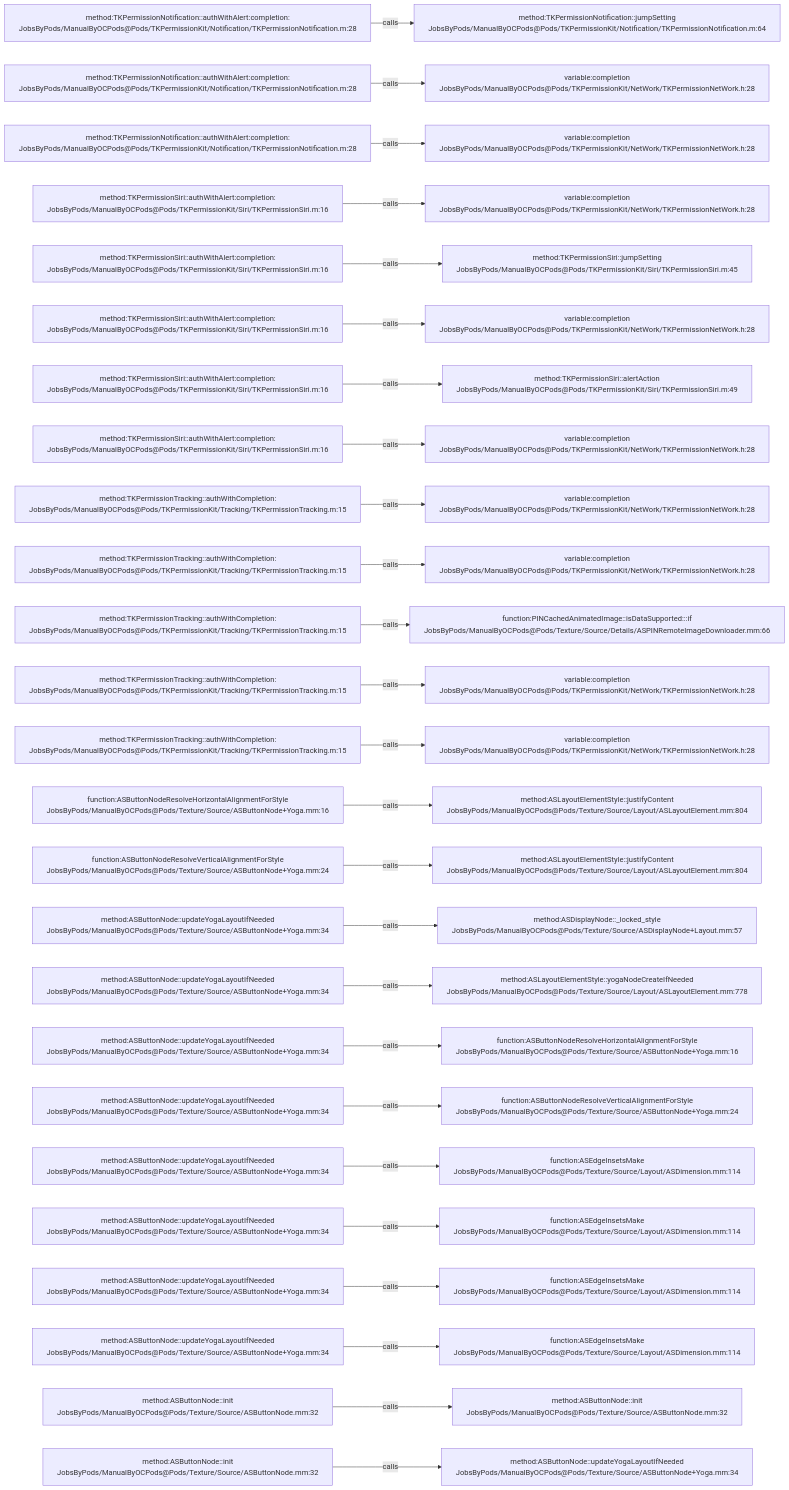
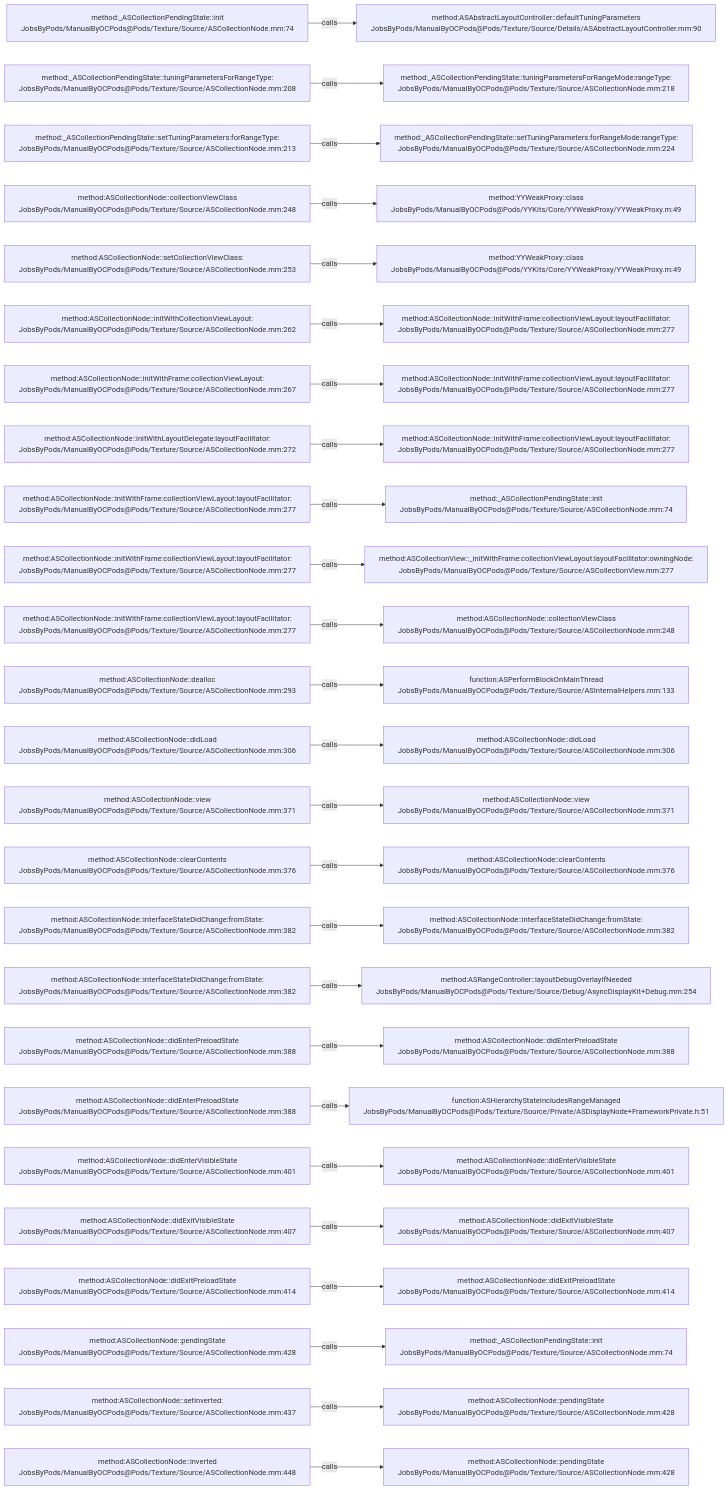
Before and after one commit to JobsKits/JobsOCBaseConfigDemo: the diagram in .codegraph/codegraph.md/graphs/calls-078.md, drawn with Mermaid. The commit also changed 1223 other files, not shown here.

````diff
--- a/.codegraph/codegraph.md/graphs/calls-078.md
+++ b/.codegraph/codegraph.md/graphs/calls-078.md
@@ -13,78 +13,78 @@
 ```mermaid
 flowchart LR
-  S1["method:TKPermissionNotification::authWithAlert:completion:<br/>JobsByPods/ManualByOCPods@Pods/TKPermissionKit/Notification/TKPermissionNotification.m:28"]
-  T1["method:TKPermissionNotification::jumpSetting<br/>JobsByPods/ManualByOCPods@Pods/TKPermissionKit/Notification/TKPermissionNotification.m:64"]
+  S1["method:_ASCollectionPendingState::init<br/>JobsByPods/ManualByOCPods@Pods/Texture/Source/ASCollectionNode.mm:74"]
+  T1["method:ASAbstractLayoutController::defaultTuningParameters<br/>JobsByPods/ManualByOCPods@Pods/Texture/Source/Details/ASAbstractLayoutController.mm:90"]
   S1 -->|calls| T1
-  S2["method:TKPermissionNotification::authWithAlert:completion:<br/>JobsByPods/ManualByOCPods@Pods/TKPermissionKit/Notification/TKPermissionNotification.m:28"]
-  T2["variable:completion<br/>JobsByPods/ManualByOCPods@Pods/TKPermissionKit/NetWork/TKPermissionNetWork.h:28"]
+  S2["method:_ASCollectionPendingState::tuningParametersForRangeType:<br/>JobsByPods/ManualByOCPods@Pods/Texture/Source/ASCollectionNode.mm:208"]
+  T2["method:_ASCollectionPendingState::tuningParametersForRangeMode:rangeType:<br/>JobsByPods/ManualByOCPods@Pods/Texture/Source/ASCollectionNode.mm:218"]
   S2 -->|calls| T2
-  S3["method:TKPermissionNotification::authWithAlert:completion:<br/>JobsByPods/ManualByOCPods@Pods/TKPermissionKit/Notification/TKPermissionNotification.m:28"]
-  T3["variable:completion<br/>JobsByPods/ManualByOCPods@Pods/TKPermissionKit/NetWork/TKPermissionNetWork.h:28"]
+  S3["method:_ASCollectionPendingState::setTuningParameters:forRangeType:<br/>JobsByPods/ManualByOCPods@Pods/Texture/Source/ASCollectionNode.mm:213"]
+  T3["method:_ASCollectionPendingState::setTuningParameters:forRangeMode:rangeType:<br/>JobsByPods/ManualByOCPods@Pods/Texture/Source/ASCollectionNode.mm:224"]
   S3 -->|calls| T3
-  S4["method:TKPermissionSiri::authWithAlert:completion:<br/>JobsByPods/ManualByOCPods@Pods/TKPermissionKit/Siri/TKPermissionSiri.m:16"]
-  T4["variable:completion<br/>JobsByPods/ManualByOCPods@Pods/TKPermissionKit/NetWork/TKPermissionNetWork.h:28"]
+  S4["method:ASCollectionNode::collectionViewClass<br/>JobsByPods/ManualByOCPods@Pods/Texture/Source/ASCollectionNode.mm:248"]
+  T4["method:YYWeakProxy::class<br/>JobsByPods/ManualByOCPods@Pods/YYKits/Core/YYWeakProxy/YYWeakProxy.m:49"]
   S4 -->|calls| T4
-  S5["method:TKPermissionSiri::authWithAlert:completion:<br/>JobsByPods/ManualByOCPods@Pods/TKPermissionKit/Siri/TKPermissionSiri.m:16"]
-  T5["method:TKPermissionSiri::jumpSetting<br/>JobsByPods/ManualByOCPods@Pods/TKPermissionKit/Siri/TKPermissionSiri.m:45"]
+  S5["method:ASCollectionNode::setCollectionViewClass:<br/>JobsByPods/ManualByOCPods@Pods/Texture/Source/ASCollectionNode.mm:253"]
+  T5["method:YYWeakProxy::class<br/>JobsByPods/ManualByOCPods@Pods/YYKits/Core/YYWeakProxy/YYWeakProxy.m:49"]
   S5 -->|calls| T5
-  S6["method:TKPermissionSiri::authWithAlert:completion:<br/>JobsByPods/ManualByOCPods@Pods/TKPermissionKit/Siri/TKPermissionSiri.m:16"]
-  T6["variable:completion<br/>JobsByPods/ManualByOCPods@Pods/TKPermissionKit/NetWork/TKPermissionNetWork.h:28"]
+  S6["method:ASCollectionNode::initWithCollectionViewLayout:<br/>JobsByPods/ManualByOCPods@Pods/Texture/Source/ASCollectionNode.mm:262"]
+  T6["method:ASCollectionNode::initWithFrame:collectionViewLayout:layoutFacilitator:<br/>JobsByPods/ManualByOCPods@Pods/Texture/Source/ASCollectionNode.mm:277"]
   S6 -->|calls| T6
-  S7["method:TKPermissionSiri::authWithAlert:completion:<br/>JobsByPods/ManualByOCPods@Pods/TKPermissionKit/Siri/TKPermissionSiri.m:16"]
-  T7["method:TKPermissionSiri::alertAction<br/>JobsByPods/ManualByOCPods@Pods/TKPermissionKit/Siri/TKPermissionSiri.m:49"]
+  S7["method:ASCollectionNode::initWithFrame:collectionViewLayout:<br/>JobsByPods/ManualByOCPods@Pods/Texture/Source/ASCollectionNode.mm:267"]
+  T7["method:ASCollectionNode::initWithFrame:collectionViewLayout:layoutFacilitator:<br/>JobsByPods/ManualByOCPods@Pods/Texture/Source/ASCollectionNode.mm:277"]
   S7 -->|calls| T7
-  S8["method:TKPermissionSiri::authWithAlert:completion:<br/>JobsByPods/ManualByOCPods@Pods/TKPermissionKit/Siri/TKPermissionSiri.m:16"]
-  T8["variable:completion<br/>JobsByPods/ManualByOCPods@Pods/TKPermissionKit/NetWork/TKPermissionNetWork.h:28"]
+  S8["method:ASCollectionNode::initWithLayoutDelegate:layoutFacilitator:<br/>JobsByPods/ManualByOCPods@Pods/Texture/Source/ASCollectionNode.mm:272"]
+  T8["method:ASCollectionNode::initWithFrame:collectionViewLayout:layoutFacilitator:<br/>JobsByPods/ManualByOCPods@Pods/Texture/Source/ASCollectionNode.mm:277"]
   S8 -->|calls| T8
-  S9["method:TKPermissionTracking::authWithCompletion:<br/>JobsByPods/ManualByOCPods@Pods/TKPermissionKit/Tracking/TKPermissionTracking.m:15"]
-  T9["variable:completion<br/>JobsByPods/ManualByOCPods@Pods/TKPermissionKit/NetWork/TKPermissionNetWork.h:28"]
+  S9["method:ASCollectionNode::initWithFrame:collectionViewLayout:layoutFacilitator:<br/>JobsByPods/ManualByOCPods@Pods/Texture/Source/ASCollectionNode.mm:277"]
+  T9["method:_ASCollectionPendingState::init<br/>JobsByPods/ManualByOCPods@Pods/Texture/Source/ASCollectionNode.mm:74"]
   S9 -->|calls| T9
-  S10["method:TKPermissionTracking::authWithCompletion:<br/>JobsByPods/ManualByOCPods@Pods/TKPermissionKit/Tracking/TKPermissionTracking.m:15"]
-  T10["variable:completion<br/>JobsByPods/ManualByOCPods@Pods/TKPermissionKit/NetWork/TKPermissionNetWork.h:28"]
+  S10["method:ASCollectionNode::initWithFrame:collectionViewLayout:layoutFacilitator:<br/>JobsByPods/ManualByOCPods@Pods/Texture/Source/ASCollectionNode.mm:277"]
+  T10["method:ASCollectionView::_initWithFrame:collectionViewLayout:layoutFacilitator:owningNode:<br/>JobsByPods/ManualByOCPods@Pods/Texture/Source/ASCollectionView.mm:277"]
   S10 -->|calls| T10
-  S11["method:TKPermissionTracking::authWithCompletion:<br/>JobsByPods/ManualByOCPods@Pods/TKPermissionKit/Tracking/TKPermissionTracking.m:15"]
-  T11["function:PINCachedAnimatedImage::isDataSupported:::if<br/>JobsByPods/ManualByOCPods@Pods/Texture/Source/Details/ASPINRemoteImageDownloader.mm:66"]
+  S11["method:ASCollectionNode::initWithFrame:collectionViewLayout:layoutFacilitator:<br/>JobsByPods/ManualByOCPods@Pods/Texture/Source/ASCollectionNode.mm:277"]
+  T11["method:ASCollectionNode::collectionViewClass<br/>JobsByPods/ManualByOCPods@Pods/Texture/Source/ASCollectionNode.mm:248"]
   S11 -->|calls| T11
-  S12["method:TKPermissionTracking::authWithCompletion:<br/>JobsByPods/ManualByOCPods@Pods/TKPermissionKit/Tracking/TKPermissionTracking.m:15"]
-  T12["variable:completion<br/>JobsByPods/ManualByOCPods@Pods/TKPermissionKit/NetWork/TKPermissionNetWork.h:28"]
+  S12["method:ASCollectionNode::dealloc<br/>JobsByPods/ManualByOCPods@Pods/Texture/Source/ASCollectionNode.mm:293"]
+  T12["function:ASPerformBlockOnMainThread<br/>JobsByPods/ManualByOCPods@Pods/Texture/Source/ASInternalHelpers.mm:133"]
   S12 -->|calls| T12
-  S13["method:TKPermissionTracking::authWithCompletion:<br/>JobsByPods/ManualByOCPods@Pods/TKPermissionKit/Tracking/TKPermissionTracking.m:15"]
-  T13["variable:completion<br/>JobsByPods/ManualByOCPods@Pods/TKPermissionKit/NetWork/TKPermissionNetWork.h:28"]
+  S13["method:ASCollectionNode::didLoad<br/>JobsByPods/ManualByOCPods@Pods/Texture/Source/ASCollectionNode.mm:306"]
+  T13["method:ASCollectionNode::didLoad<br/>JobsByPods/ManualByOCPods@Pods/Texture/Source/ASCollectionNode.mm:306"]
   S13 -->|calls| T13
-  S14["function:ASButtonNodeResolveHorizontalAlignmentForStyle<br/>JobsByPods/ManualByOCPods@Pods/Texture/Source/ASButtonNode+Yoga.mm:16"]
-  T14["method:ASLayoutElementStyle::justifyContent<br/>JobsByPods/ManualByOCPods@Pods/Texture/Source/Layout/ASLayoutElement.mm:804"]
+  S14["method:ASCollectionNode::view<br/>JobsByPods/ManualByOCPods@Pods/Texture/Source/ASCollectionNode.mm:371"]
+  T14["method:ASCollectionNode::view<br/>JobsByPods/ManualByOCPods@Pods/Texture/Source/ASCollectionNode.mm:371"]
   S14 -->|calls| T14
-  S15["function:ASButtonNodeResolveVerticalAlignmentForStyle<br/>JobsByPods/ManualByOCPods@Pods/Texture/Source/ASButtonNode+Yoga.mm:24"]
-  T15["method:ASLayoutElementStyle::justifyContent<br/>JobsByPods/ManualByOCPods@Pods/Texture/Source/Layout/ASLayoutElement.mm:804"]
+  S15["method:ASCollectionNode::clearContents<br/>JobsByPods/ManualByOCPods@Pods/Texture/Source/ASCollectionNode.mm:376"]
+  T15["method:ASCollectionNode::clearContents<br/>JobsByPods/ManualByOCPods@Pods/Texture/Source/ASCollectionNode.mm:376"]
   S15 -->|calls| T15
-  S16["method:ASButtonNode::updateYogaLayoutIfNeeded<br/>JobsByPods/ManualByOCPods@Pods/Texture/Source/ASButtonNode+Yoga.mm:34"]
-  T16["method:ASDisplayNode::_locked_style<br/>JobsByPods/ManualByOCPods@Pods/Texture/Source/ASDisplayNode+Layout.mm:57"]
+  S16["method:ASCollectionNode::interfaceStateDidChange:fromState:<br/>JobsByPods/ManualByOCPods@Pods/Texture/Source/ASCollectionNode.mm:382"]
+  T16["method:ASCollectionNode::interfaceStateDidChange:fromState:<br/>JobsByPods/ManualByOCPods@Pods/Texture/Source/ASCollectionNode.mm:382"]
   S16 -->|calls| T16
-  S17["method:ASButtonNode::updateYogaLayoutIfNeeded<br/>JobsByPods/ManualByOCPods@Pods/Texture/Source/ASButtonNode+Yoga.mm:34"]
-  T17["method:ASLayoutElementStyle::yogaNodeCreateIfNeeded<br/>JobsByPods/ManualByOCPods@Pods/Texture/Source/Layout/ASLayoutElement.mm:778"]
+  S17["method:ASCollectionNode::interfaceStateDidChange:fromState:<br/>JobsByPods/ManualByOCPods@Pods/Texture/Source/ASCollectionNode.mm:382"]
+  T17["method:ASRangeController::layoutDebugOverlayIfNeeded<br/>JobsByPods/ManualByOCPods@Pods/Texture/Source/Debug/AsyncDisplayKit+Debug.mm:254"]
   S17 -->|calls| T17
-  S18["method:ASButtonNode::updateYogaLayoutIfNeeded<br/>JobsByPods/ManualByOCPods@Pods/Texture/Source/ASButtonNode+Yoga.mm:34"]
-  T18["function:ASButtonNodeResolveHorizontalAlignmentForStyle<br/>JobsByPods/ManualByOCPods@Pods/Texture/Source/ASButtonNode+Yoga.mm:16"]
+  S18["method:ASCollectionNode::didEnterPreloadState<br/>JobsByPods/ManualByOCPods@Pods/Texture/Source/ASCollectionNode.mm:388"]
+  T18["method:ASCollectionNode::didEnterPreloadState<br/>JobsByPods/ManualByOCPods@Pods/Texture/Source/ASCollectionNode.mm:388"]
   S18 -->|calls| T18
-  S19["method:ASButtonNode::updateYogaLayoutIfNeeded<br/>JobsByPods/ManualByOCPods@Pods/Texture/Source/ASButtonNode+Yoga.mm:34"]
-  T19["function:ASButtonNodeResolveVerticalAlignmentForStyle<br/>JobsByPods/ManualByOCPods@Pods/Texture/Source/ASButtonNode+Yoga.mm:24"]
+  S19["method:ASCollectionNode::didEnterPreloadState<br/>JobsByPods/ManualByOCPods@Pods/Texture/Source/ASCollectionNode.mm:388"]
+  T19["function:ASHierarchyStateIncludesRangeManaged<br/>JobsByPods/ManualByOCPods@Pods/Texture/Source/Private/ASDisplayNode+FrameworkPrivate.h:51"]
   S19 -->|calls| T19
-  S20["method:ASButtonNode::updateYogaLayoutIfNeeded<br/>JobsByPods/ManualByOCPods@Pods/Texture/Source/ASButtonNode+Yoga.mm:34"]
-  T20["function:ASEdgeInsetsMake<br/>JobsByPods/ManualByOCPods@Pods/Texture/Source/Layout/ASDimension.mm:114"]
+  S20["method:ASCollectionNode::didEnterVisibleState<br/>JobsByPods/ManualByOCPods@Pods/Texture/Source/ASCollectionNode.mm:401"]
+  T20["method:ASCollectionNode::didEnterVisibleState<br/>JobsByPods/ManualByOCPods@Pods/Texture/Source/ASCollectionNode.mm:401"]
   S20 -->|calls| T20
-  S21["method:ASButtonNode::updateYogaLayoutIfNeeded<br/>JobsByPods/ManualByOCPods@Pods/Texture/Source/ASButtonNode+Yoga.mm:34"]
-  T21["function:ASEdgeInsetsMake<br/>JobsByPods/ManualByOCPods@Pods/Texture/Source/Layout/ASDimension.mm:114"]
+  S21["method:ASCollectionNode::didExitVisibleState<br/>JobsByPods/ManualByOCPods@Pods/Texture/Source/ASCollectionNode.mm:407"]
+  T21["method:ASCollectionNode::didExitVisibleState<br/>JobsByPods/ManualByOCPods@Pods/Texture/Source/ASCollectionNode.mm:407"]
   S21 -->|calls| T21
-  S22["method:ASButtonNode::updateYogaLayoutIfNeeded<br/>JobsByPods/ManualByOCPods@Pods/Texture/Source/ASButtonNode+Yoga.mm:34"]
-  T22["function:ASEdgeInsetsMake<br/>JobsByPods/ManualByOCPods@Pods/Texture/Source/Layout/ASDimension.mm:114"]
+  S22["method:ASCollectionNode::didExitPreloadState<br/>JobsByPods/ManualByOCPods@Pods/Texture/Source/ASCollectionNode.mm:414"]
+  T22["method:ASCollectionNode::didExitPreloadState<br/>JobsByPods/ManualByOCPods@Pods/Texture/Source/ASCollectionNode.mm:414"]
   S22 -->|calls| T22
-  S23["method:ASButtonNode::updateYogaLayoutIfNeeded<br/>JobsByPods/ManualByOCPods@Pods/Texture/Source/ASButtonNode+Yoga.mm:34"]
-  T23["function:ASEdgeInsetsMake<br/>JobsByPods/ManualByOCPods@Pods/Texture/Source/Layout/ASDimension.mm:114"]
+  S23["method:ASCollectionNode::pendingState<br/>JobsByPods/ManualByOCPods@Pods/Texture/Source/ASCollectionNode.mm:428"]
+  T23["method:_ASCollectionPendingState::init<br/>JobsByPods/ManualByOCPods@Pods/Texture/Source/ASCollectionNode.mm:74"]
   S23 -->|calls| T23
-  S24["method:ASButtonNode::init<br/>JobsByPods/ManualByOCPods@Pods/Texture/Source/ASButtonNode.mm:32"]
-  T24["method:ASButtonNode::init<br/>JobsByPods/ManualByOCPods@Pods/Texture/Source/ASButtonNode.mm:32"]
+  S24["method:ASCollectionNode::setInverted:<br/>JobsByPods/ManualByOCPods@Pods/Texture/Source/ASCollectionNode.mm:437"]
+  T24["method:ASCollectionNode::pendingState<br/>JobsByPods/ManualByOCPods@Pods/Texture/Source/ASCollectionNode.mm:428"]
   S24 -->|calls| T24
-  S25["method:ASButtonNode::init<br/>JobsByPods/ManualByOCPods@Pods/Texture/Source/ASButtonNode.mm:32"]
-  T25["method:ASButtonNode::updateYogaLayoutIfNeeded<br/>JobsByPods/ManualByOCPods@Pods/Texture/Source/ASButtonNode+Yoga.mm:34"]
+  S25["method:ASCollectionNode::inverted<br/>JobsByPods/ManualByOCPods@Pods/Texture/Source/ASCollectionNode.mm:448"]
+  T25["method:ASCollectionNode::pendingState<br/>JobsByPods/ManualByOCPods@Pods/Texture/Source/ASCollectionNode.mm:428"]
   S25 -->|calls| T25
 ```
````
